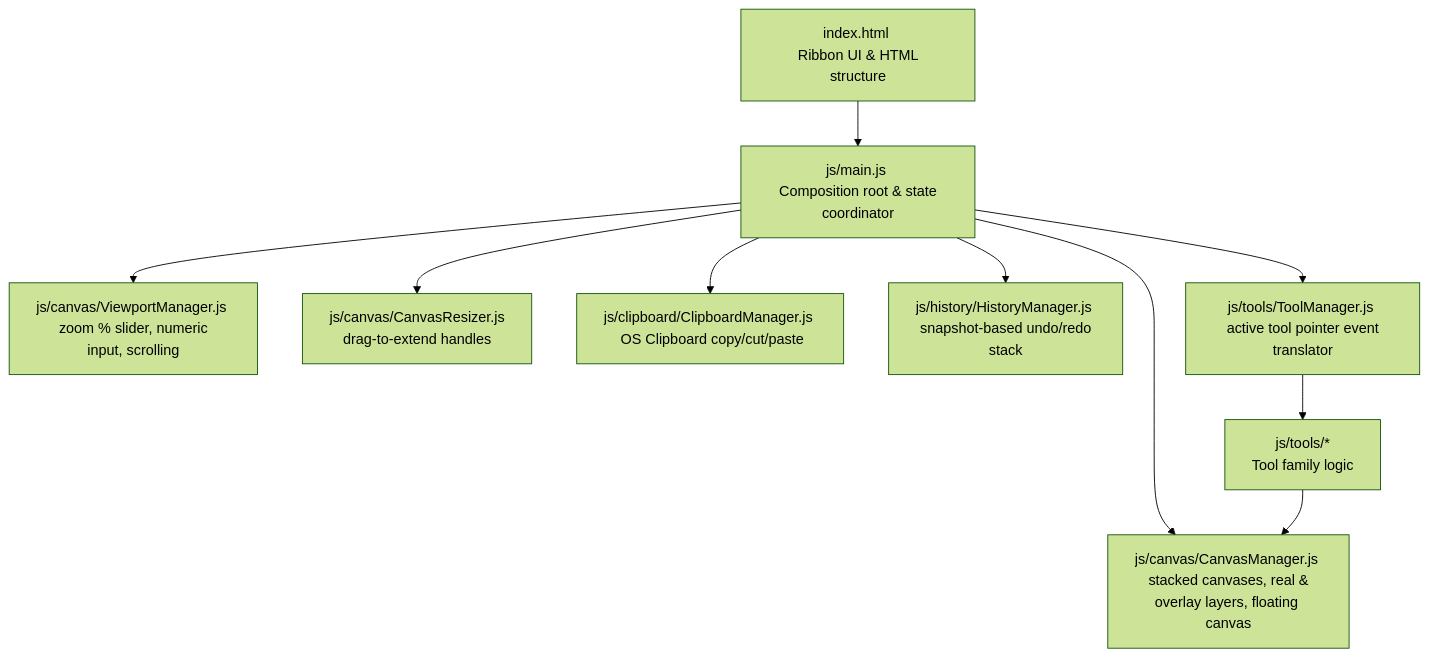
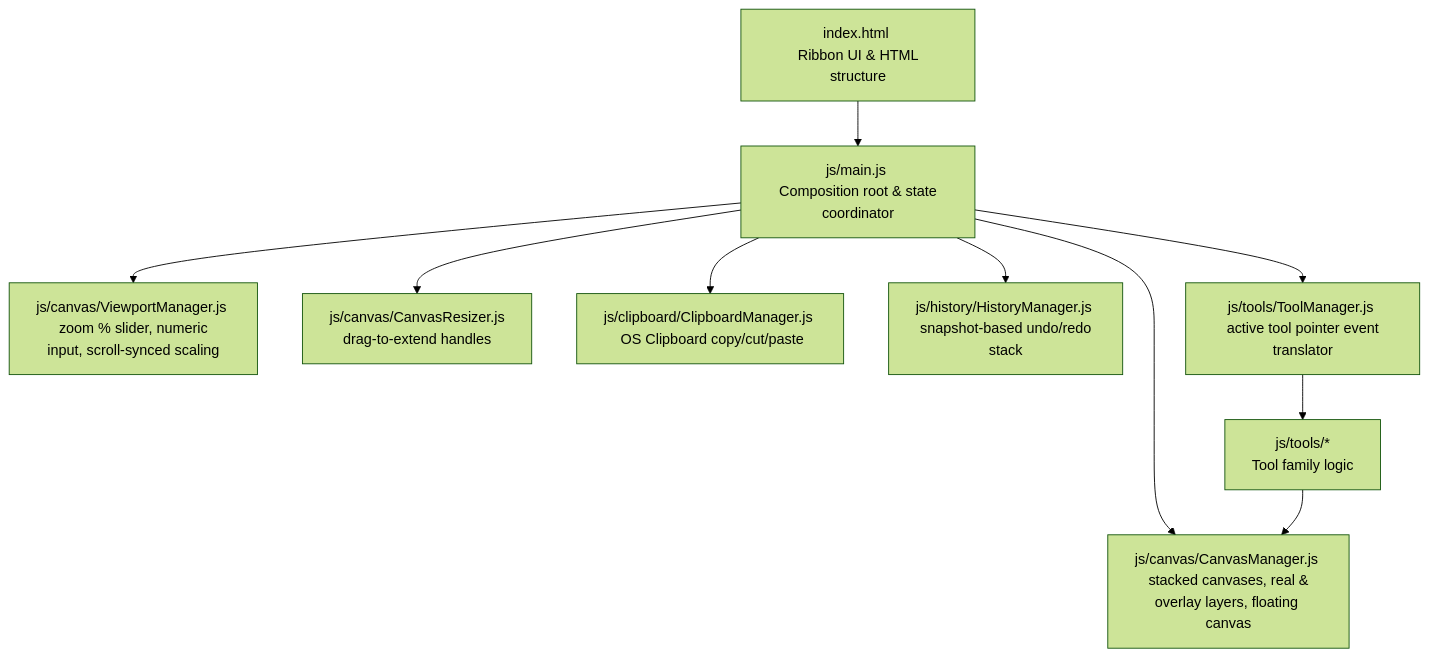
The diagram in README.md (omergal99/paint), drawn with Mermaid (forest theme) before and after one commit. The commit also changed other lines of this file and 14 other files, not shown here.

````diff
--- a/README.md
+++ b/README.md
@@ -25,17 +25,17 @@
 ```mermaid
 graph TD
     index[index.html <br> Ribbon UI & HTML structure]
     main[js/main.js <br> Composition root & state coordinator]
     
     index --> main
     
     main --> CanvasManager[js/canvas/CanvasManager.js <br> stacked canvases, real & overlay layers, floating canvas]
-    main --> ViewportManager[js/canvas/ViewportManager.js <br> zoom % slider, numeric input, scrolling]
+    main --> ViewportManager[js/canvas/ViewportManager.js <br> zoom % slider, numeric input, scroll-synced scaling]
     main --> CanvasResizer[js/canvas/CanvasResizer.js <br> drag-to-extend handles]
     main --> ClipboardManager[js/clipboard/ClipboardManager.js <br> OS Clipboard copy/cut/paste]
     main --> HistoryManager[js/history/HistoryManager.js <br> snapshot-based undo/redo stack]
     main --> ToolManager[js/tools/ToolManager.js <br> active tool pointer event translator]
     
     ToolManager --> Tools[js/tools/* <br> Tool family logic]
     Tools --> CanvasManager
 ```
````
